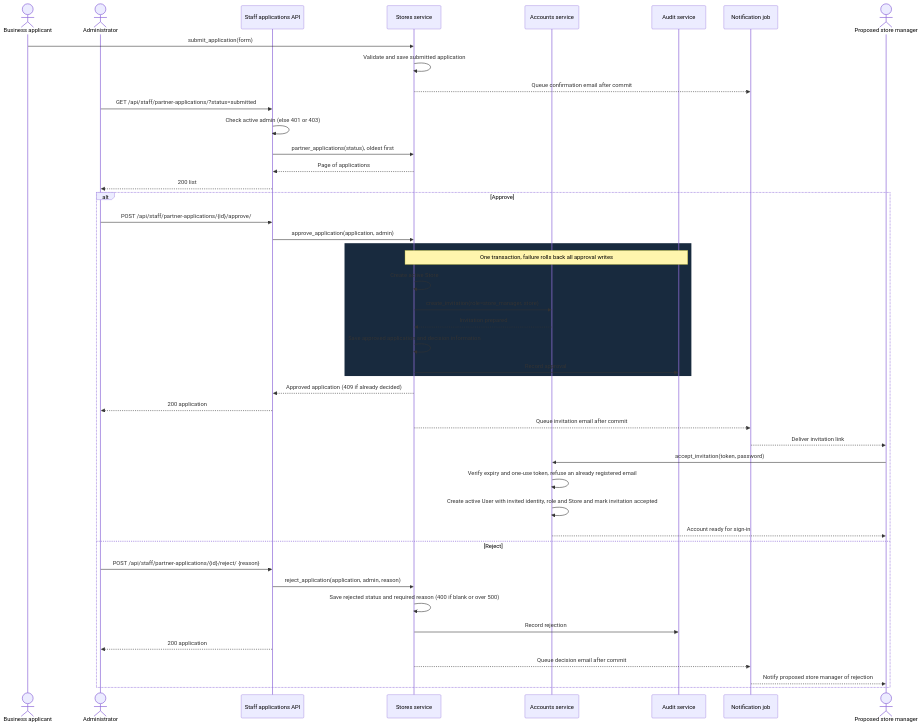
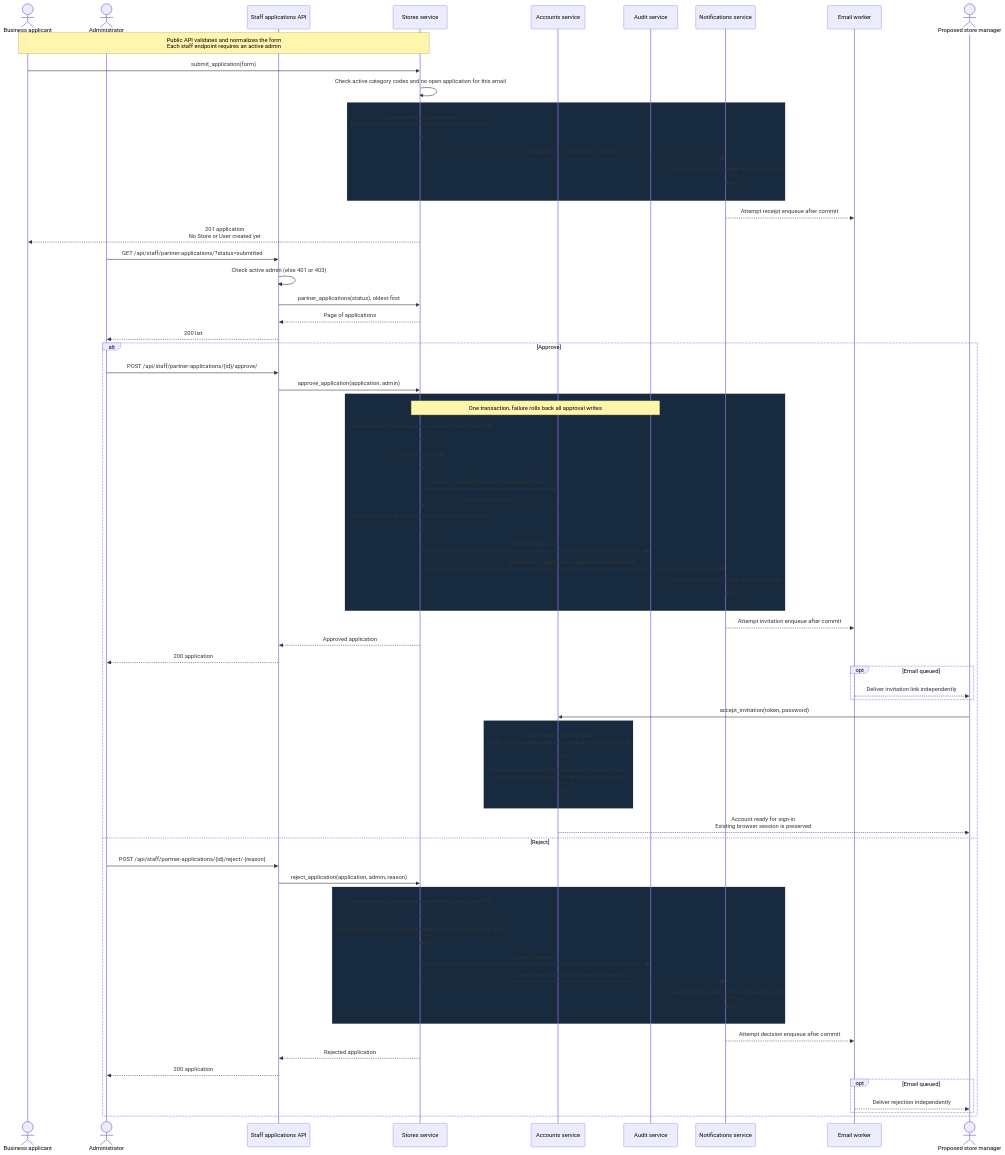
One commit to B-A-D-R-SL/iris changed the second of 5 diagrams in docs/04-architecture/architecture-workflows.md. Above: the diagram before and after it, drawn with Mermaid. The commit also changed other lines of this file and 9 other files, not shown here.

Commit message:
SET-21 docs(architecture): reconcile Release 1 documentation with implementation

````diff
--- a/docs/04-architecture/architecture-workflows.md
+++ b/docs/04-architecture/architecture-workflows.md
@@ -134,52 +207,75 @@
 ```mermaid
 sequenceDiagram
     actor B as Business applicant
     actor AD as Administrator
     participant API as Staff applications API
     participant S as Stores service
     participant AC as Accounts service
     participant A as Audit service
-    participant N as Notification job
+    participant NS as Notifications service
+    participant N as Email worker
     actor M as Proposed store manager
 
+    Note over B,S: Public API validates and normalizes the form<br/>Each staff endpoint requires an active admin
     B->>S: submit_application(form)
-    S->>S: Validate and save submitted application
-    S-->>N: Queue confirmation email after commit
+    S->>S: Check active category codes and no open application for this email
+    rect rgb(24, 42, 62)
+        S->>S: Save submitted application<br/>Unique index settles concurrent duplicate submissions
+        S->>NS: send(partner_application_received)
+        NS->>NS: Save EmailLog and register enqueue if valid
+    end
+    NS-->>N: Attempt receipt enqueue after commit
+    S-->>B: 201 application<br/>No Store or User created yet
 
     AD->>API: GET /api/staff/partner-applications/?status=submitted
     API->>API: Check active admin (else 401 or 403)
     API->>S: partner_applications(status), oldest first
     S-->>API: Page of applications
     API-->>AD: 200 list
 
     alt Approve
         AD->>API: POST /api/staff/partner-applications/{id}/approve/
         API->>S: approve_application(application, admin)
         rect rgb(24, 42, 62)
             Note over S,A: One transaction, failure rolls back all approval writes
+            S->>S: Lock application and require submitted status (else 409)
             S->>S: Create active Store
             S->>AC: create_invitation(role=store_manager, store)
             AC-->>S: Invitation prepared
             S->>S: Save approved application and decision information
             S->>A: Record approval
+            S->>NS: send(partner_application_approved, invitation link)
+            NS->>NS: Save EmailLog and register enqueue if valid
         end
-        S-->>API: Approved application (409 if already decided)
+        NS-->>N: Attempt invitation enqueue after commit
+        S-->>API: Approved application
         API-->>AD: 200 application
 
-        S-->>N: Queue invitation email after commit
-        N-->>M: Deliver invitation link
+        opt Email queued
+            N-->>M: Deliver invitation link independently
+        end
 
         M->>AC: accept_invitation(token, password)
-        AC->>AC: Verify expiry and one-use token, refuse an already registered email
-        AC->>AC: Create active User with invited identity, role and Store and mark invitation accepted
-        AC-->>M: Account ready for sign-in
+        rect rgb(24, 42, 62)
+            AC->>AC: Lock invitation by token hash<br/>Verify unused, unexpired, new email and valid password
+            AC->>AC: Create active User with invited identity, role and Store<br/>Mark invitation accepted in the same transaction
+        end
+        AC-->>M: Account ready for sign-in<br/>Existing browser session is preserved
     else Reject
         AD->>API: POST /api/staff/partner-applications/{id}/reject/ {reason}
         API->>S: reject_application(application, admin, reason)
-        S->>S: Save rejected status and required reason (400 if blank or over 500)
-        S->>A: Record rejection
+        rect rgb(24, 42, 62)
+            S->>S: Lock application and require submitted status (else 409)
+            S->>S: Save rejected status and required reason (400 if blank or over 500)
+            S->>A: Record rejection
+            S->>NS: send(partner_application_rejected, reason)
+            NS->>NS: Save EmailLog and register enqueue if valid
+        end
+        NS-->>N: Attempt decision enqueue after commit
+        S-->>API: Rejected application
         API-->>AD: 200 application
-        S-->>N: Queue decision email after commit
-        N-->>M: Notify proposed store manager of rejection
+        opt Email queued
+            N-->>M: Deliver rejection independently
+        end
     end
 ```
````
